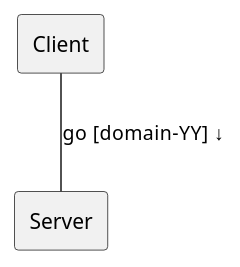
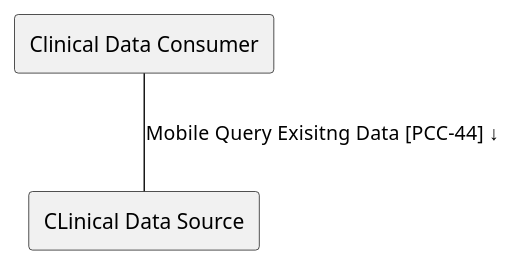
One commit to IHE/PCC.QEDm changed the diagram in input/images-source/ActorsAndTransactions.plantuml. Above: the diagram before and after it, drawn with PlantUML.

Commit message:
update uml for QED actor diagram (attempted to at least)

```diff
--- a/input/images-source/ActorsAndTransactions.plantuml
+++ b/input/images-source/ActorsAndTransactions.plantuml
@@ -1,5 +1,5 @@
 @startuml
-agent "Client" as Client
-agent "Server" as Server
-Client -- Server : "go [domain-YY] ↓"
+agent "Clinical Data Consumer" as Client
+agent "CLinical Data Source" as Server
+Client -- Server : "Mobile Query Exisitng Data [PCC-44] ↓"
 @enduml
```
